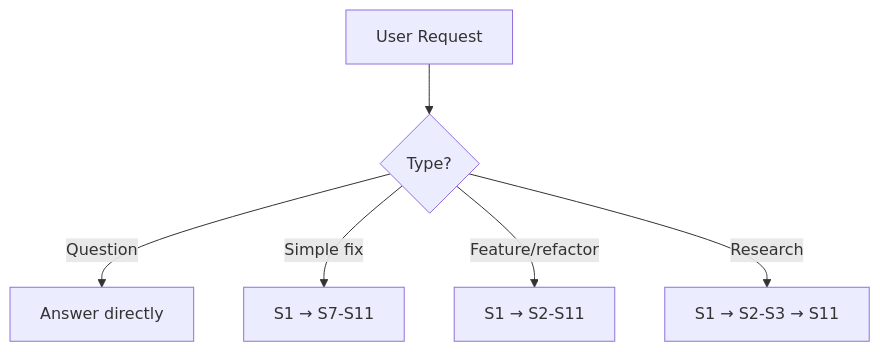
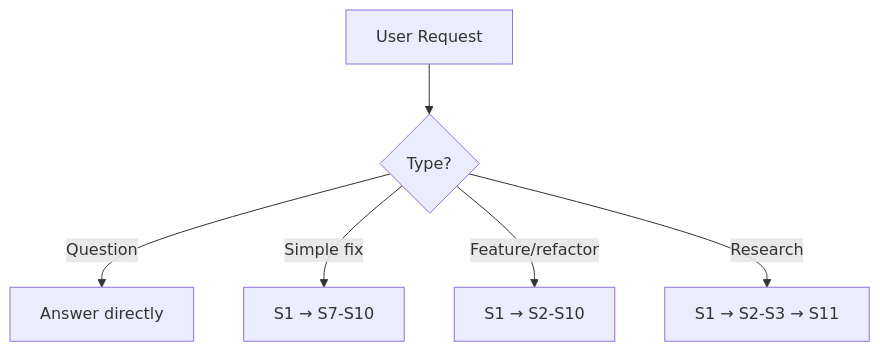
The second of 3 diagrams in docs/workflow.md (DollarDill/beads-superpowers), drawn with Mermaid before and after one commit. The commit also changed other lines of this file and 2 other files, not shown here.

````diff
--- a/docs/workflow.md
+++ b/docs/workflow.md
@@ -42,8 +43,8 @@
 ```mermaid
 graph TD
   A[User Request] --> B{Type?}
   B -->|Question| C[Answer directly]
-  B -->|Simple fix| D[S1 → S7-S11]
-  B -->|Feature/refactor| E[S1 → S2-S11]
+  B -->|Simple fix| D[S1 → S7-S10]
+  B -->|Feature/refactor| E[S1 → S2-S10]
   B -->|Research| F[S1 → S2-S3 → S11]
 ```
````
